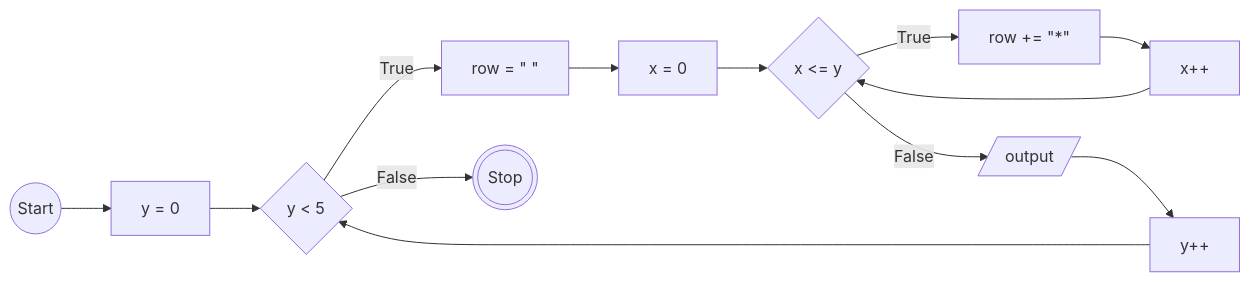
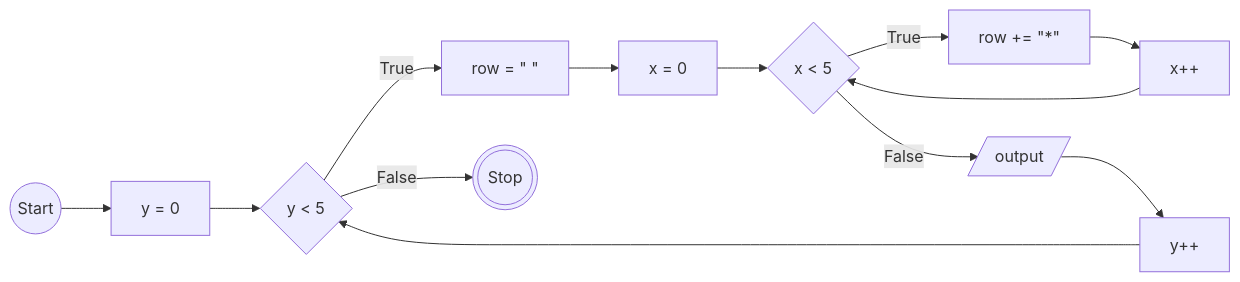
The second of 2 diagrams in README.md (aldi-ardyansah/koda-b10-javascript3), drawn with Mermaid before and after one commit. The commit also changed other lines of this file, not shown here.

````diff
--- a/README.md
+++ b/README.md
@@ -48,27 +48,27 @@
 ```mermaid
 flowchart LR
     A((Start))
     B[y = 0]
     C{y < 5}
     D[row = #quot; #quot;]
     E[x = 0]
-    F{x <= y}
+    F{x < 5}
     G[row += #quot;*#quot;]
     H[x++]
     I[/output/]
     J[y++]
     Z(((Stop)))
 
     A --> B
     B --> C
     C --True--> D
     D --> E
     E --> F
     F --True--> G
     G --> H
     H --> F
     F --False--> I
     C --False--> Z
     I --> J
     J --> C
 ```
````
